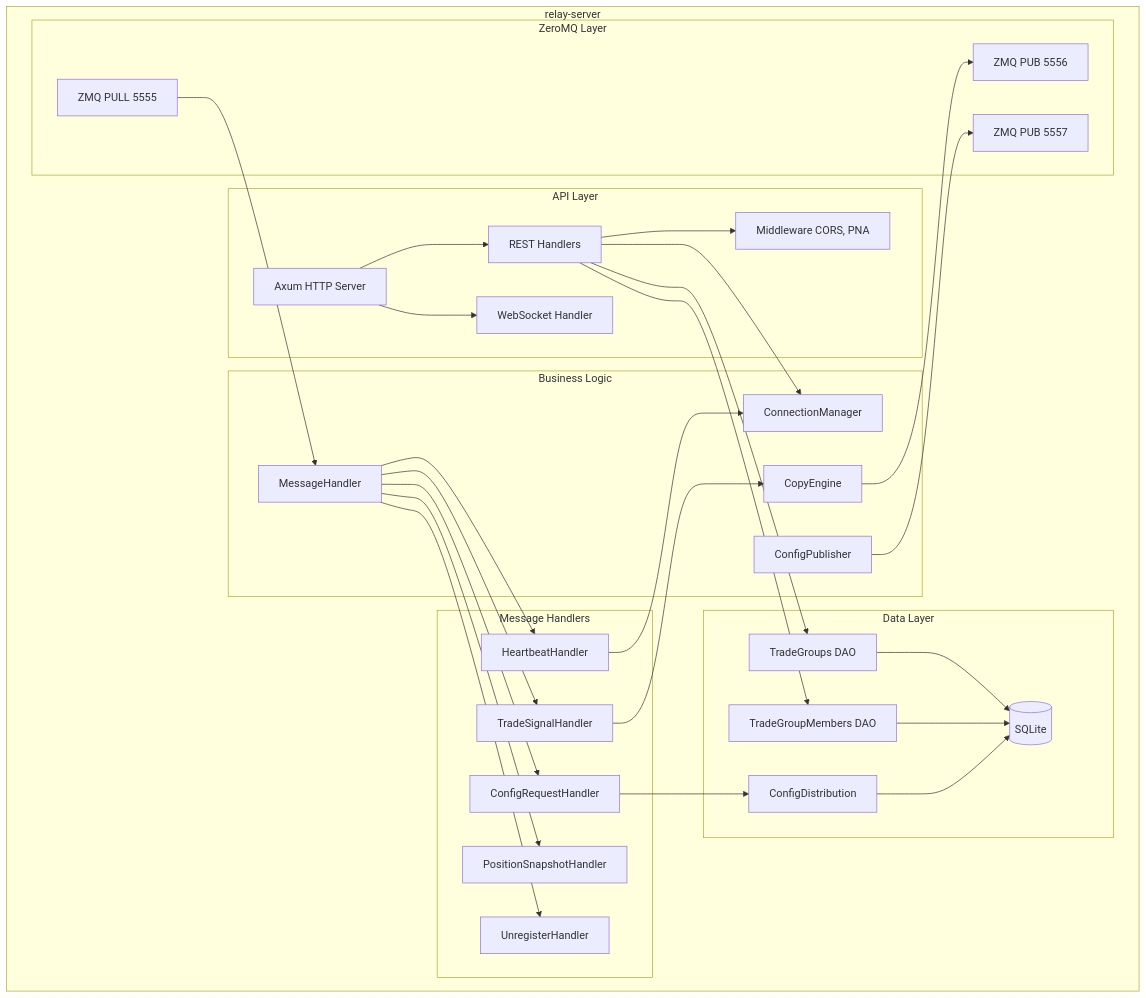
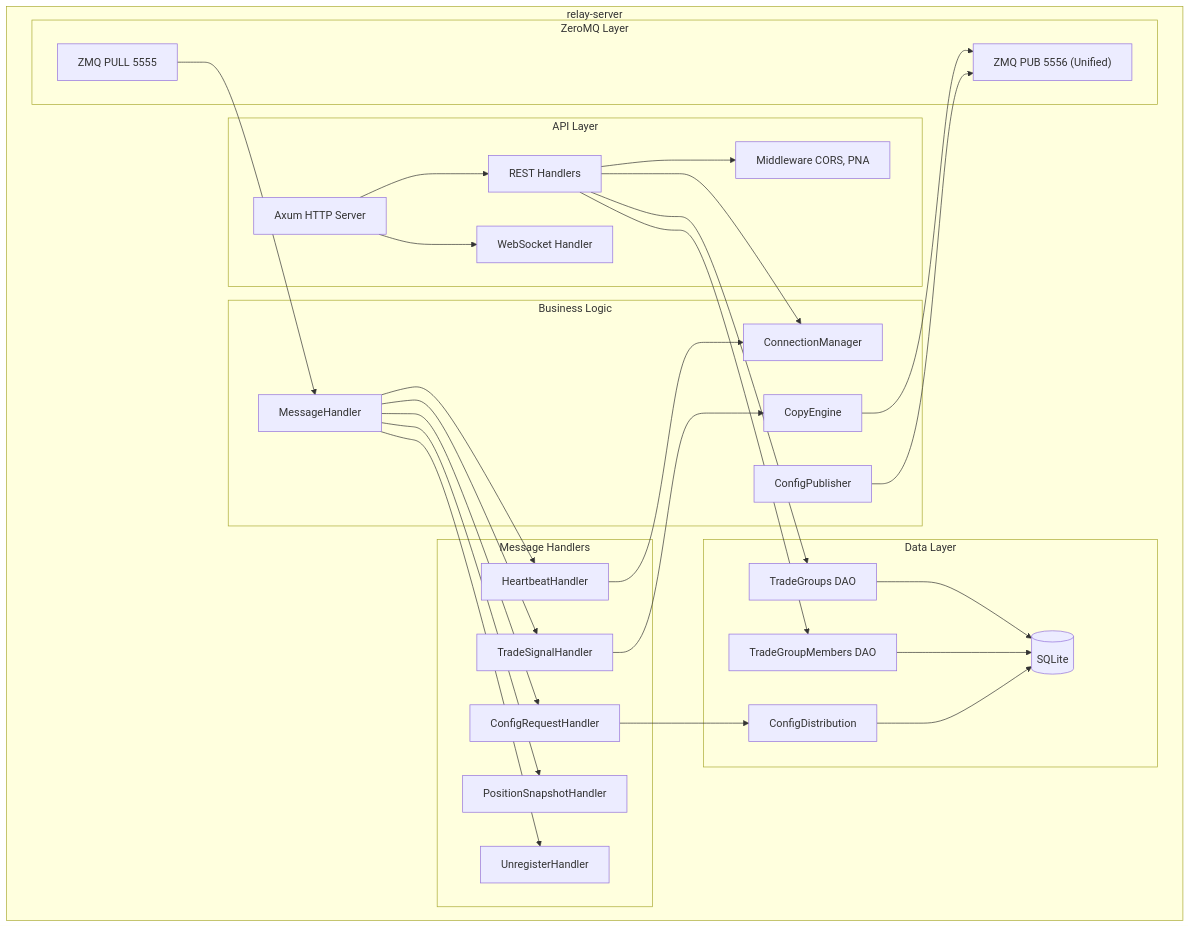
Before and after one commit to poruru210/sankey-copier: the sixth of 13 diagrams in docs/README.md, drawn with Mermaid. The commit also changed other lines of this file and 35 other files, not shown here.

````diff
--- a/docs/README.md
+++ b/docs/README.md
@@ -232,63 +228,62 @@
 ```mermaid
 graph TB
     subgraph relay["relay-server"]
         subgraph api_layer["API Layer"]
             AXUM["Axum HTTP Server"]
             REST["REST Handlers"]
             WS["WebSocket Handler"]
             MW["Middleware CORS, PNA"]
         end
 
         subgraph business["Business Logic"]
             MH["MessageHandler"]
             CE["CopyEngine"]
             CM["ConnectionManager"]
             CP["ConfigPublisher"]
         end
 
         subgraph msg_handlers["Message Handlers"]
             HB["HeartbeatHandler"]
             TS["TradeSignalHandler"]
             CR["ConfigRequestHandler"]
             PS["PositionSnapshotHandler"]
             UR["UnregisterHandler"]
         end
 
         subgraph data_layer["Data Layer"]
             DB[("SQLite")]
             TG["TradeGroups DAO"]
             TGM["TradeGroupMembers DAO"]
             CD["ConfigDistribution"]
         end
 
         subgraph zmq_layer["ZeroMQ Layer"]
             PULL["ZMQ PULL 5555"]
-            PUB_T["ZMQ PUB 5556"]
-            PUB_C["ZMQ PUB 5557"]
+            PUB["ZMQ PUB 5556 (Unified)"]
         end
 
         AXUM --> REST
         AXUM --> WS
         REST --> MW
         REST --> TG
         REST --> TGM
         REST --> CM
 
         PULL --> MH
         MH --> HB
         MH --> TS
         MH --> CR
         MH --> PS
         MH --> UR
 
         HB --> CM
         TS --> CE
         CR --> CD
-        CE --> PUB_T
-        CP --> PUB_C
+        CE --> PUB
+        CP --> PUB
 
         TG --> DB
         TGM --> DB
         CD --> DB
     end
 ```
````
